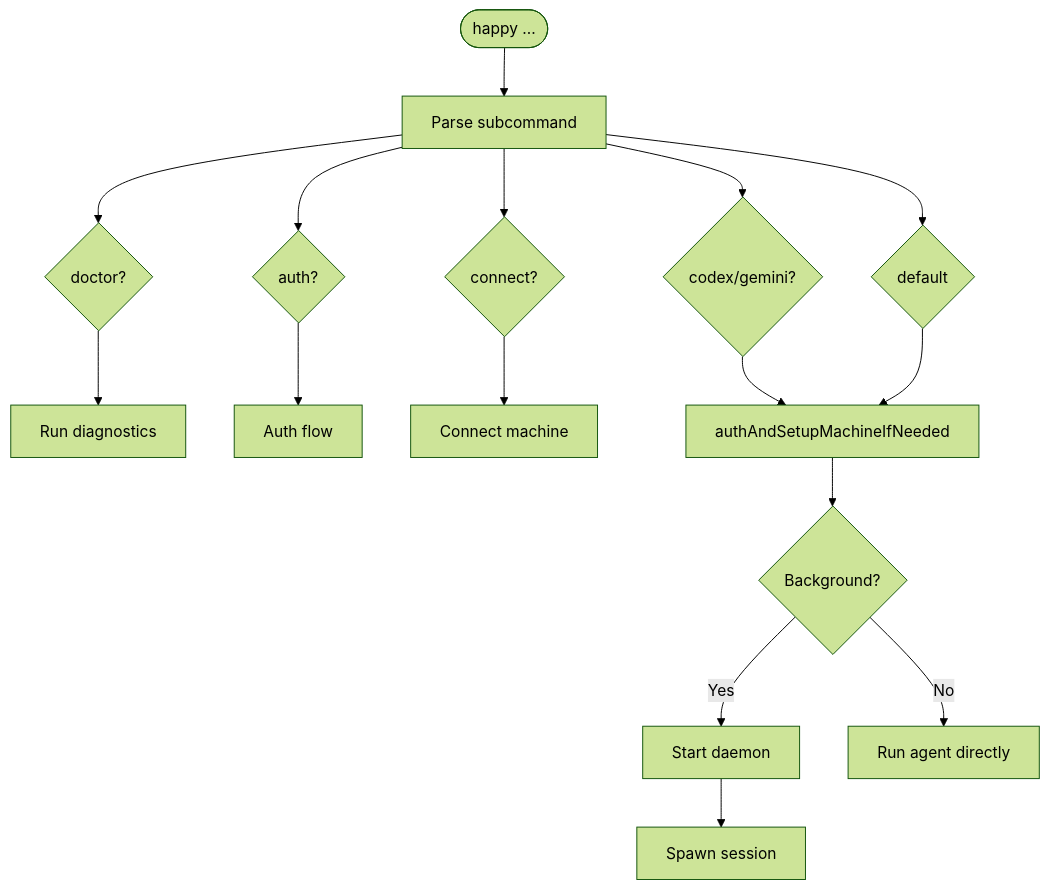
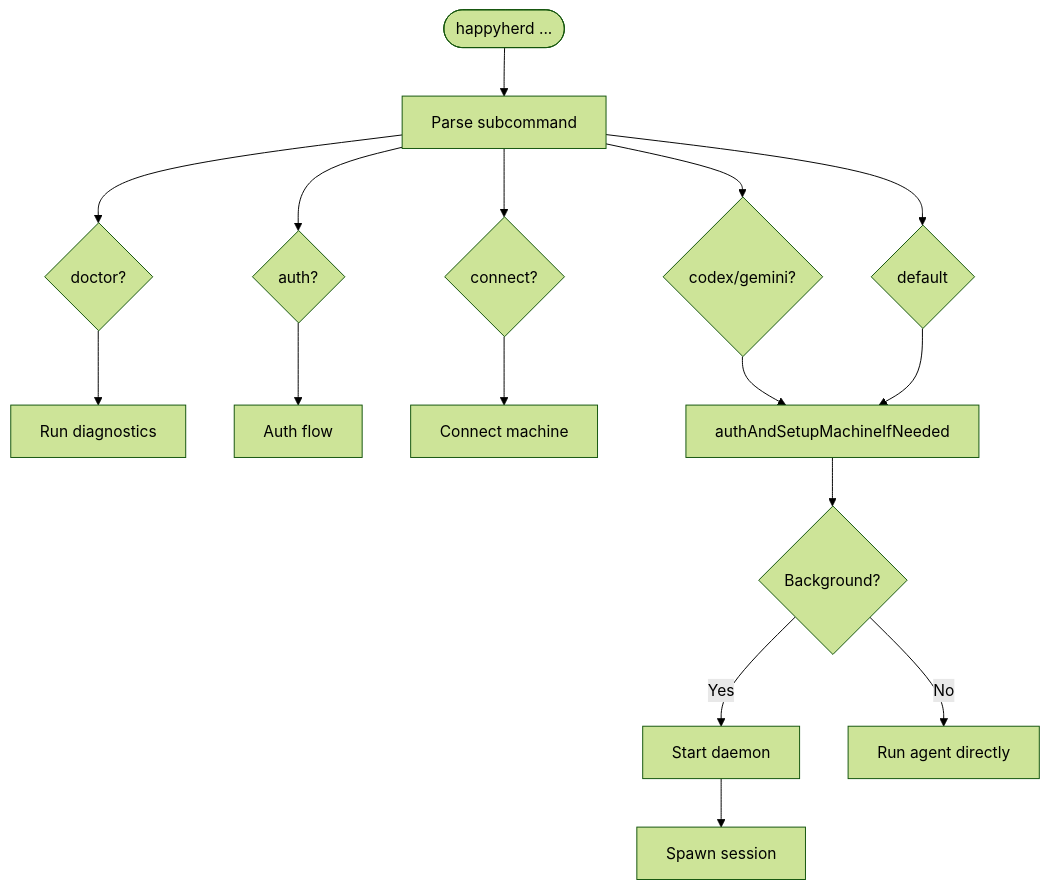
The second of 12 diagrams in server/docs/cli-architecture.md (NickGuAI/HappyHerd), drawn with Mermaid (forest theme) before and after one commit. The commit also changed 114 other files, not shown here.

````diff
--- a/server/docs/cli-architecture.md
+++ b/server/docs/cli-architecture.md
@@ -50,23 +50,23 @@
 ```mermaid
 flowchart TD
-    Start([happy ...]) --> Parse[Parse subcommand]
+    Start([happyherd ...]) --> Parse[Parse subcommand]
 
     Parse --> Doctor{doctor?}
     Parse --> Auth{auth?}
     Parse --> Connect{connect?}
     Parse --> Agent{codex/gemini?}
     Parse --> Default{default}
 
     Doctor --> RunDoctor[Run diagnostics]
     Auth --> RunAuth[Auth flow]
     Connect --> RunConnect[Connect machine]
 
     Agent --> Setup[authAndSetupMachineIfNeeded]
     Default --> Setup
 
     Setup --> Context{Background?}
     Context --> |Yes| StartDaemon[Start daemon]
     Context --> |No| RunAgent[Run agent directly]
 
     StartDaemon --> SpawnSession[Spawn session]
 ```
````
